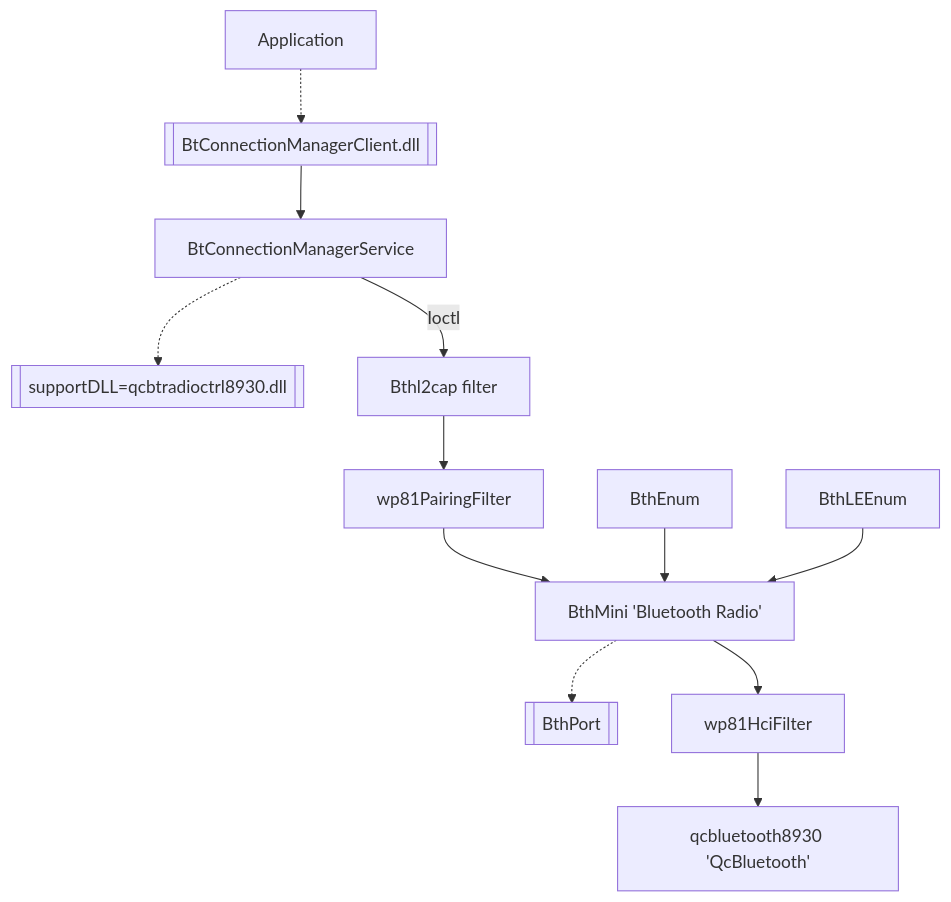
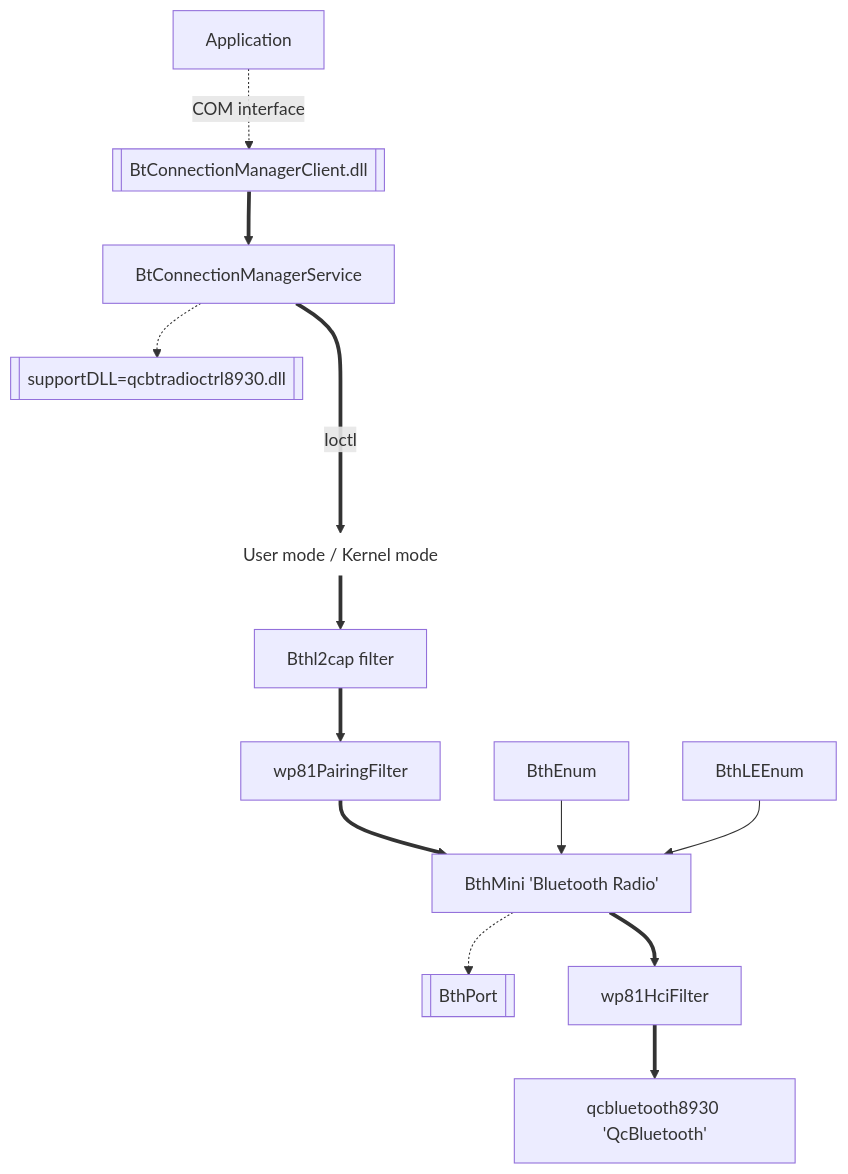
The diagram in content/bluetooth/README.md (fredericGette/Lumia520), drawn with Mermaid before and after one commit.

````diff
--- a/content/bluetooth/README.md
+++ b/content/bluetooth/README.md
@@ -3,14 +3,15 @@
 ```mermaid
 graph TD;
-    A@{ shape: rect, label: "Application"}-.->B@{ shape: subproc, label: "BtConnectionManagerClient.dll"};
-    B-->C@{ shape: rect, label: "BtConnectionManagerService"};
+    A@{ shape: rect, label: "Application"}-. COM interface .->B@{ shape: subproc, label: "BtConnectionManagerClient.dll"};
+    B==>C@{ shape: rect, label: "BtConnectionManagerService"};
     C-.->D@{ shape: subproc, label: "supportDLL=qcbtradioctrl8930.dll"};
-    C-- Ioctl -->E@{ shape: rect, label: "Bthl2cap filter"};
-    E-->F@{ shape: rect, label: "wp81PairingFilter"};
-    F-->G@{ shape: rect, label: "BthMini 'Bluetooth Radio'"};
+    C== Ioctl ====>E@{ shape: text, label: "User mode / Kernel mode"};
+    E==>M@{ shape: rect, label: "Bthl2cap filter"};
+    M==>F@{ shape: rect, label: "wp81PairingFilter"};
+    F==>G@{ shape: rect, label: "BthMini 'Bluetooth Radio'"};
     G-.->J@{ shape: subproc, label: "BthPort"};
     K@{ shape: rect, label: "BthEnum"}-->G;
     L@{ shape: rect, label: "BthLEEnum"}-->G;
-    G-->H@{ shape: rect, label: "wp81HciFilter"};
-    H-->I@{ shape: rect, label: "qcbluetooth8930 'QcBluetooth'"};
+    G==>H@{ shape: rect, label: "wp81HciFilter"};
+    H==>I@{ shape: rect, label: "qcbluetooth8930 'QcBluetooth'"};
 ```
````
